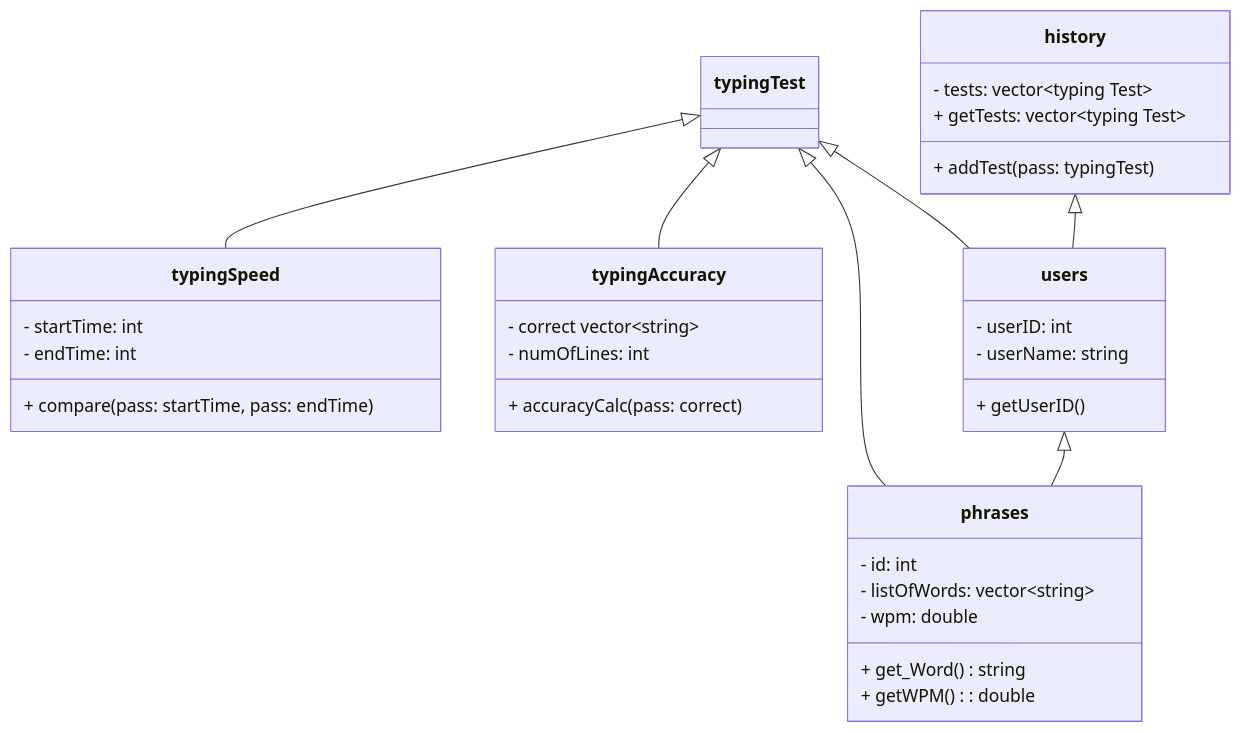
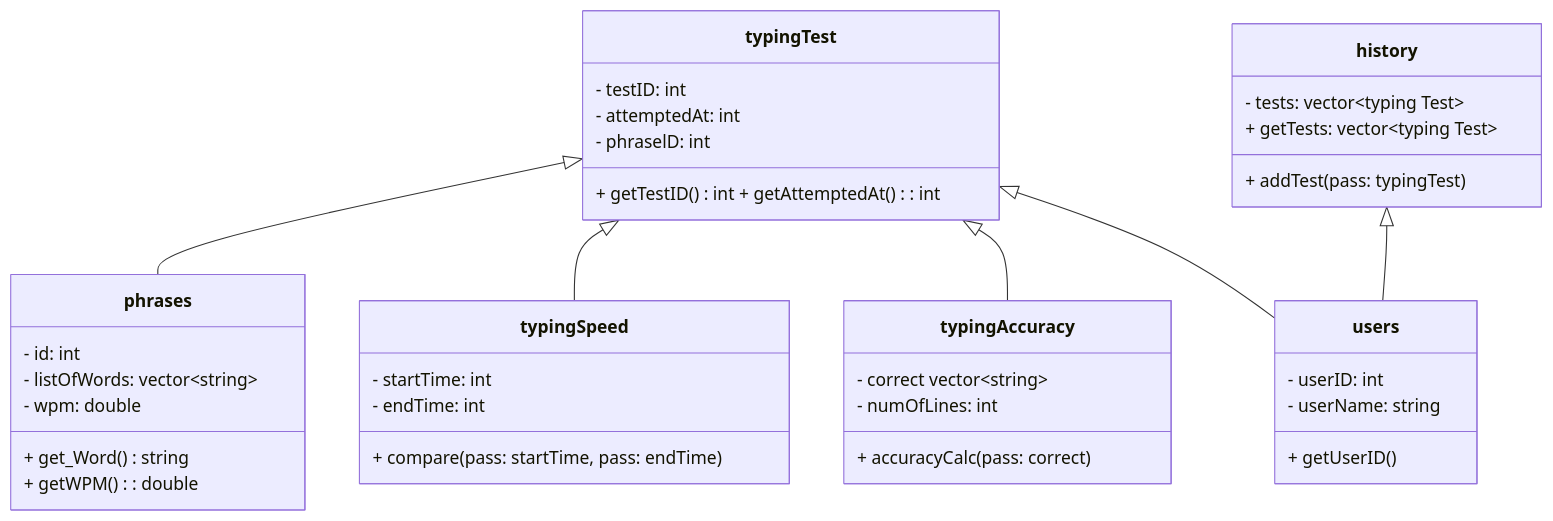
One commit to oerivas-star/tippitytappity-design changed the diagram in README.md. Above: the diagram before and after it, drawn with Mermaid.

````diff
--- a/README.md
+++ b/README.md
@@ -8,36 +8,41 @@
 ```mermaid
 classDiagram
   typingTest <|-- phrases
   typingTest <|-- typingSpeed
   typingTest <|-- typingAccuracy
   typingTest <|-- users
-  users <|-- phrases
   history <|-- users
   class phrases{
         - id: int
         - listOfWords: vector~string~
         - wpm: double 
         + get_Word() string
         + getWPM(): double
   }
   class typingSpeed{
         - startTime: int
         - endTime: int
         + compare(pass: startTime, pass: endTime)
   }
   class typingAccuracy{
         - correct vector~string~
         - numOfLines: int
         + accuracyCalc( pass: correct )
   }
   class users{
         - userID: int
         - userName: string
         + getUserID()
   }
   class history{
         - tests: vector~typing Test~
         + addTest(pass: typingTest)
         + getTests: vector~typing Test~
   }
+  class typingTest{
+    - testID: int
+    - attemptedAt: int
+    - phraselD: int
+    +  getTestID() : int + getAttemptedAt() : int
+  }
 ```
````
